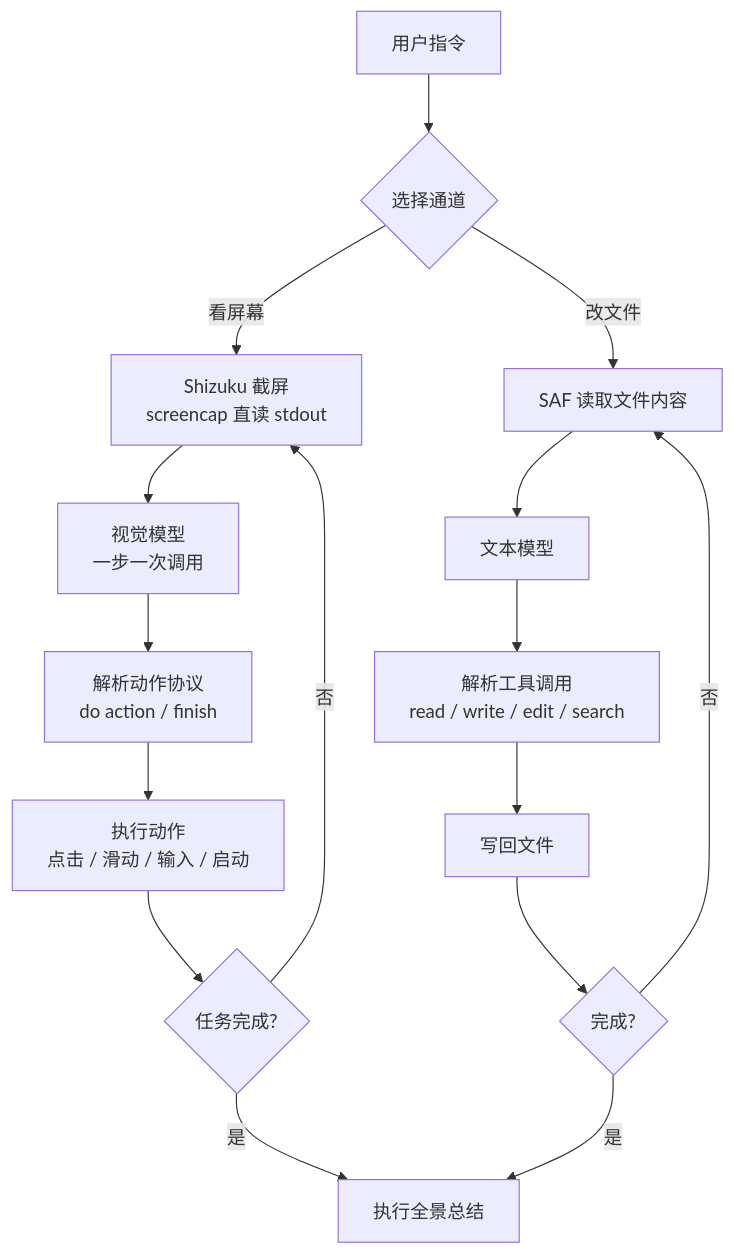
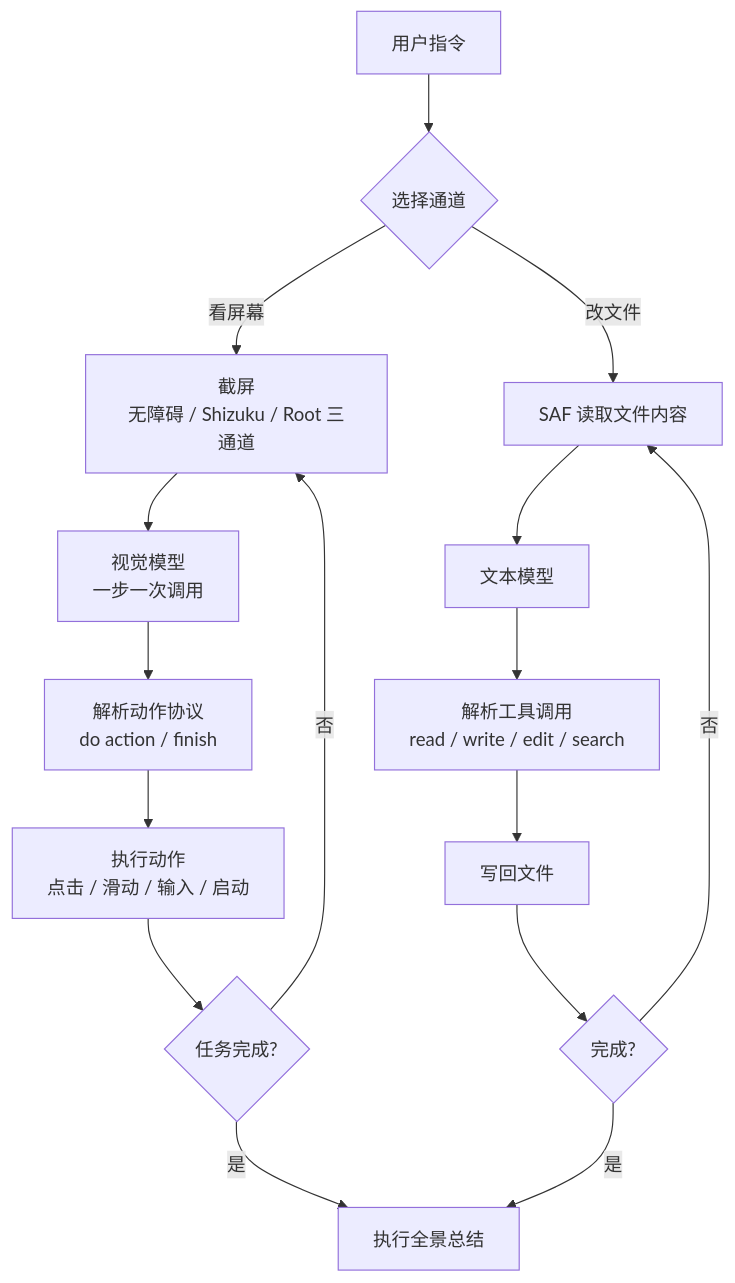
One commit to hulubo2014/dougao changed the diagram in README.md. Above: the diagram before and after it, drawn with Mermaid. The commit also changed other lines of this file and 19 other files, not shown here.

````diff
--- a/README.md
+++ b/README.md
@@ -94,20 +114,20 @@
 ```mermaid
 flowchart TD
     U[用户指令] --> T{选择通道}
 
-    T -->|看屏幕| S1[Shizuku 截屏<br/>screencap 直读 stdout]
+    T -->|看屏幕| S1[截屏<br/>无障碍 / Shizuku / Root 三通道]
     S1 --> M1[视觉模型<br/>一步一次调用]
     M1 --> P1[解析动作协议<br/>do action / finish]
     P1 --> E1[执行动作<br/>点击 / 滑动 / 输入 / 启动]
     E1 --> Q{任务完成?}
     Q -->|否| S1
     Q -->|是| R[执行全景总结]
 
     T -->|改文件| S2[SAF 读取文件内容]
     S2 --> M2[文本模型]
     M2 --> P2[解析工具调用<br/>read / write / edit / search]
     P2 --> E2[写回文件]
     E2 --> Q2{完成?}
     Q2 -->|否| S2
     Q2 -->|是| R
 ```
````
